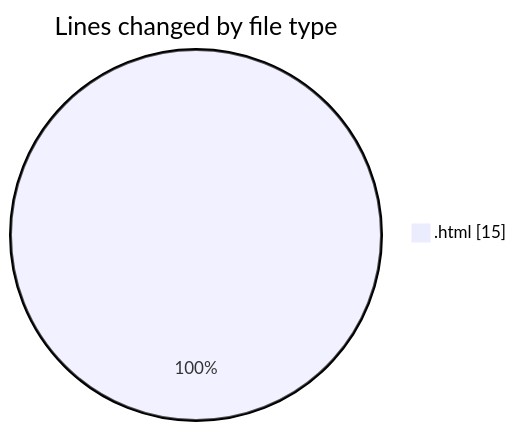
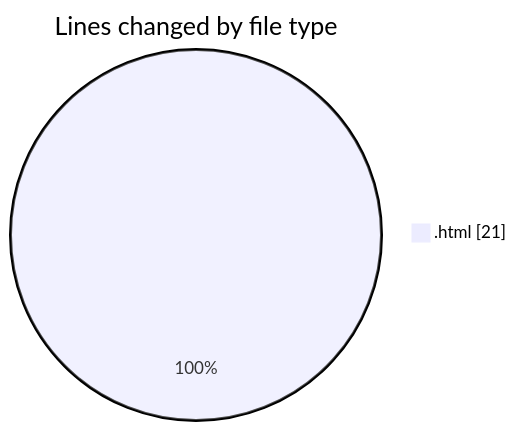
One commit to LanceThiago/code-tracking changed the first of 2 diagrams in 2025-01-09/nueva_carpeta/README.md. Above: the diagram before and after it, drawn with Mermaid. The commit also changed other lines of this file and 1 other file, not shown here.

````diff
--- a/2025-01-09/nueva_carpeta/README.md
+++ b/2025-01-09/nueva_carpeta/README.md
@@ -20,5 +20,5 @@
 ```mermaid
 pie showData
 title Lines changed by file type
-".html" : 15
+".html" : 21
 ```
````
